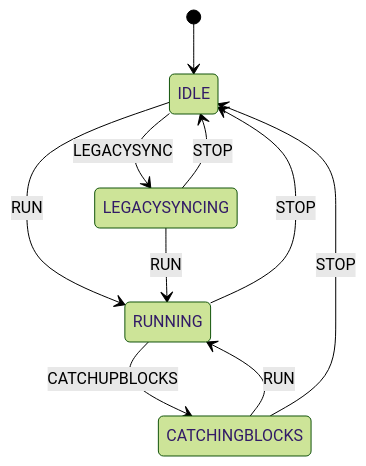
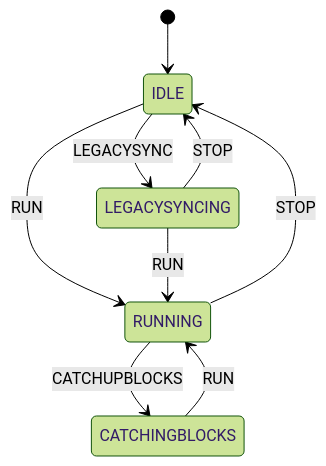
The diagram in docs/state-machine.diagram.md (bsv-blockchain/teranode), drawn with Mermaid (forest theme) before and after one commit. The commit also changed 3 other files, not shown here.

````diff
--- a/docs/state-machine.diagram.md
+++ b/docs/state-machine.diagram.md
@@ -7,12 +7,11 @@
 ```mermaid
 stateDiagram-v2
     [*] --> IDLE
     CATCHINGBLOCKS --> RUNNING: RUN
-    CATCHINGBLOCKS --> IDLE: STOP
     IDLE --> LEGACYSYNCING: LEGACYSYNC
     IDLE --> RUNNING: RUN
     LEGACYSYNCING --> RUNNING: RUN
     LEGACYSYNCING --> IDLE: STOP
     RUNNING --> CATCHINGBLOCKS: CATCHUPBLOCKS
     RUNNING --> IDLE: STOP
 ```
````
